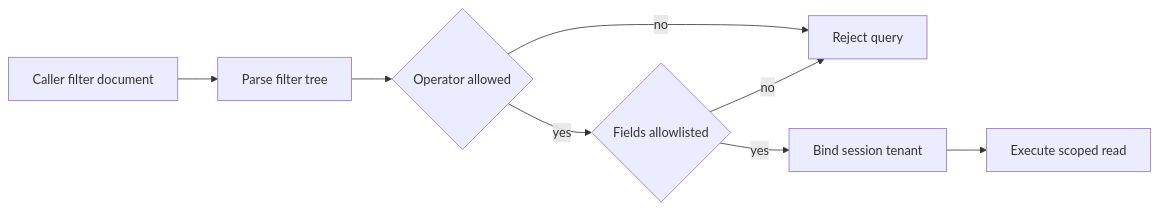
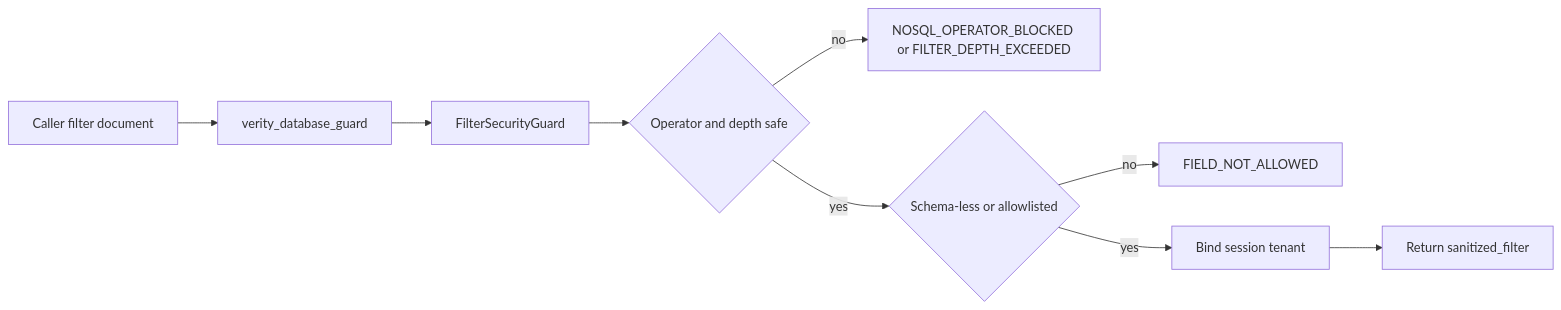
The third of 7 diagrams in docs/pro/enterprise_features.md (JMartynov/verityredteam-free), drawn with Mermaid before and after one commit. The commit also changed other lines of this file and 3 other files, not shown here.

Commit message:
docs(M43): update action plan, task spec, README, and Pro showcase for database guard Pro gating

````diff
--- a/docs/pro/enterprise_features.md
+++ b/docs/pro/enterprise_features.md
@@ -158,10 +174,11 @@
 ```mermaid
 flowchart LR
-    DOC[Caller filter document] --> PARSE[Parse filter tree]
-    PARSE --> OPS{Operator allowed}
-    OPS -- no --> REJECT[Reject query]
-    OPS -- yes --> FIELDS{Fields allowlisted}
-    FIELDS -- no --> REJECT
+    DOC[Caller filter document] --> MCP[verity_database_guard]
+    MCP --> PARSE[FilterSecurityGuard]
+    PARSE --> OPS{Operator and depth safe}
+    OPS -- no --> REJECT[NOSQL_OPERATOR_BLOCKED or FILTER_DEPTH_EXCEEDED]
+    OPS -- yes --> FIELDS{Schema-less or allowlisted}
+    FIELDS -- no --> REJECT_F[FIELD_NOT_ALLOWED]
     FIELDS -- yes --> TENANT[Bind session tenant]
-    TENANT --> RUN[Execute scoped read]
+    TENANT --> RUN[Return sanitized_filter]
 ```
````
